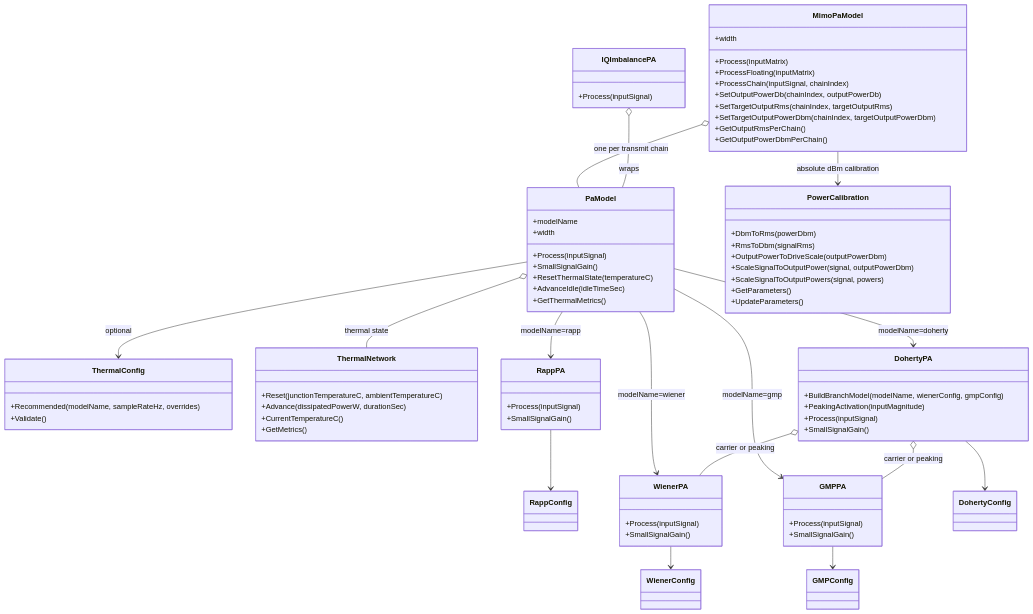
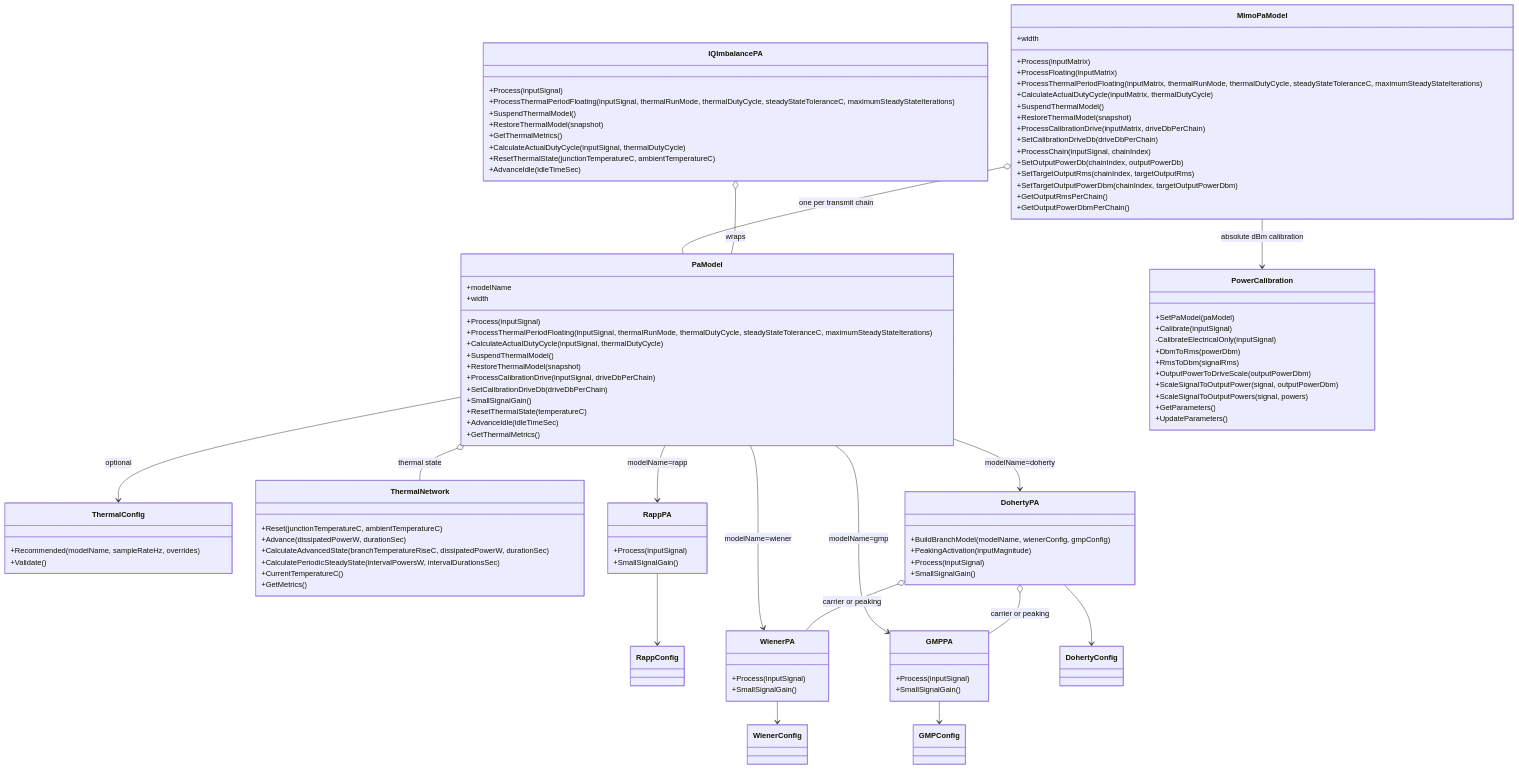
One commit to niyilu45/DPD_ILC changed the seventh of 10 diagrams in doc/PaModel.md. Above: the diagram before and after it, drawn with Mermaid. The commit also changed other lines of this file and 15 other files, not shown here.

Commit message:
Fix thermal workflows and two-tone power analysis

```diff
--- a/doc/PaModel.md
+++ b/doc/PaModel.md
@@ -1430,6 +1463,12 @@
         +modelName
         +width
         +Process(inputSignal)
+        +ProcessThermalPeriodFloating(inputSignal, thermalRunMode, thermalDutyCycle, steadyStateToleranceC, maximumSteadyStateIterations)
+        +CalculateActualDutyCycle(inputSignal, thermalDutyCycle)
+        +SuspendThermalModel()
+        +RestoreThermalModel(snapshot)
+        +ProcessCalibrationDrive(inputSignal, driveDbPerChain)
+        +SetCalibrationDriveDb(driveDbPerChain)
         +SmallSignalGain()
         +ResetThermalState(temperatureC)
         +AdvanceIdle(idleTimeSec)
@@ -1442,10 +1481,15 @@
     class ThermalNetwork {
         +Reset(junctionTemperatureC, ambientTemperatureC)
         +Advance(dissipatedPowerW, durationSec)
+        +CalculateAdvancedState(branchTemperatureRiseC, dissipatedPowerW, durationSec)
+        +CalculatePeriodicSteadyState(intervalPowersW, intervalDurationsSec)
         +CurrentTemperatureC()
         +GetMetrics()
     }
     class PowerCalibration {
+        +SetPaModel(paModel)
+        +Calibrate(inputSignal)
+        -CalibrateElectricalOnly(inputSignal)
         +DbmToRms(powerDbm)
         +RmsToDbm(signalRms)
         +OutputPowerToDriveScale(outputPowerDbm)
@@ -1478,11 +1522,24 @@
     }
     class IQImbalancePA {
         +Process(inputSignal)
+        +ProcessThermalPeriodFloating(inputSignal, thermalRunMode, thermalDutyCycle, steadyStateToleranceC, maximumSteadyStateIterations)
+        +SuspendThermalModel()
+        +RestoreThermalModel(snapshot)
+        +GetThermalMetrics()
+        +CalculateActualDutyCycle(inputSignal, thermalDutyCycle)
+        +ResetThermalState(junctionTemperatureC, ambientTemperatureC)
+        +AdvanceIdle(idleTimeSec)
     }
     class MimoPaModel {
         +width
         +Process(inputMatrix)
         +ProcessFloating(inputMatrix)
+        +ProcessThermalPeriodFloating(inputMatrix, thermalRunMode, thermalDutyCycle, steadyStateToleranceC, maximumSteadyStateIterations)
+        +CalculateActualDutyCycle(inputMatrix, thermalDutyCycle)
+        +SuspendThermalModel()
+        +RestoreThermalModel(snapshot)
+        +ProcessCalibrationDrive(inputMatrix, driveDbPerChain)
+        +SetCalibrationDriveDb(driveDbPerChain)
         +ProcessChain(inputSignal, chainIndex)
         +SetOutputPowerDb(chainIndex, outputPowerDb)
         +SetTargetOutputRms(chainIndex, targetOutputRms)
```
